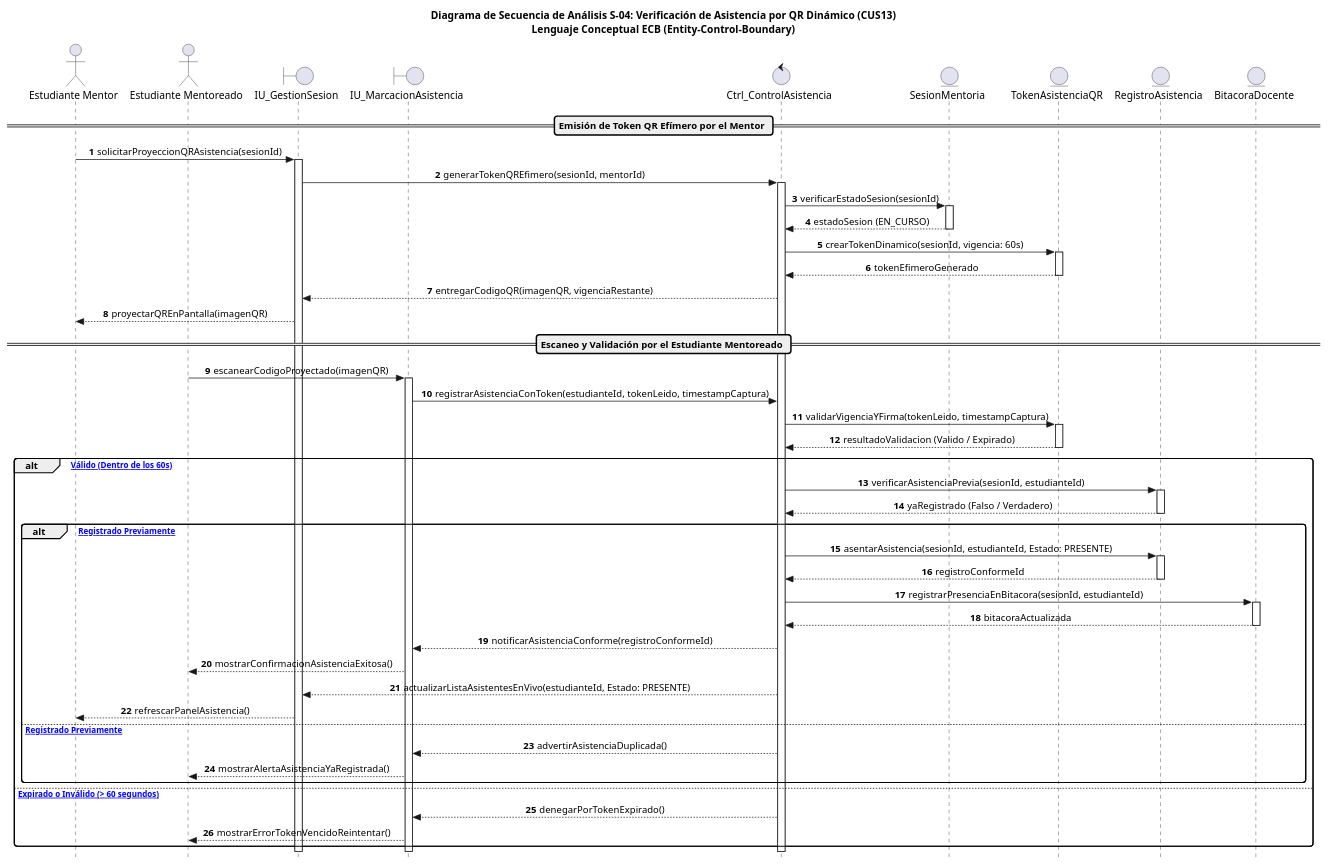
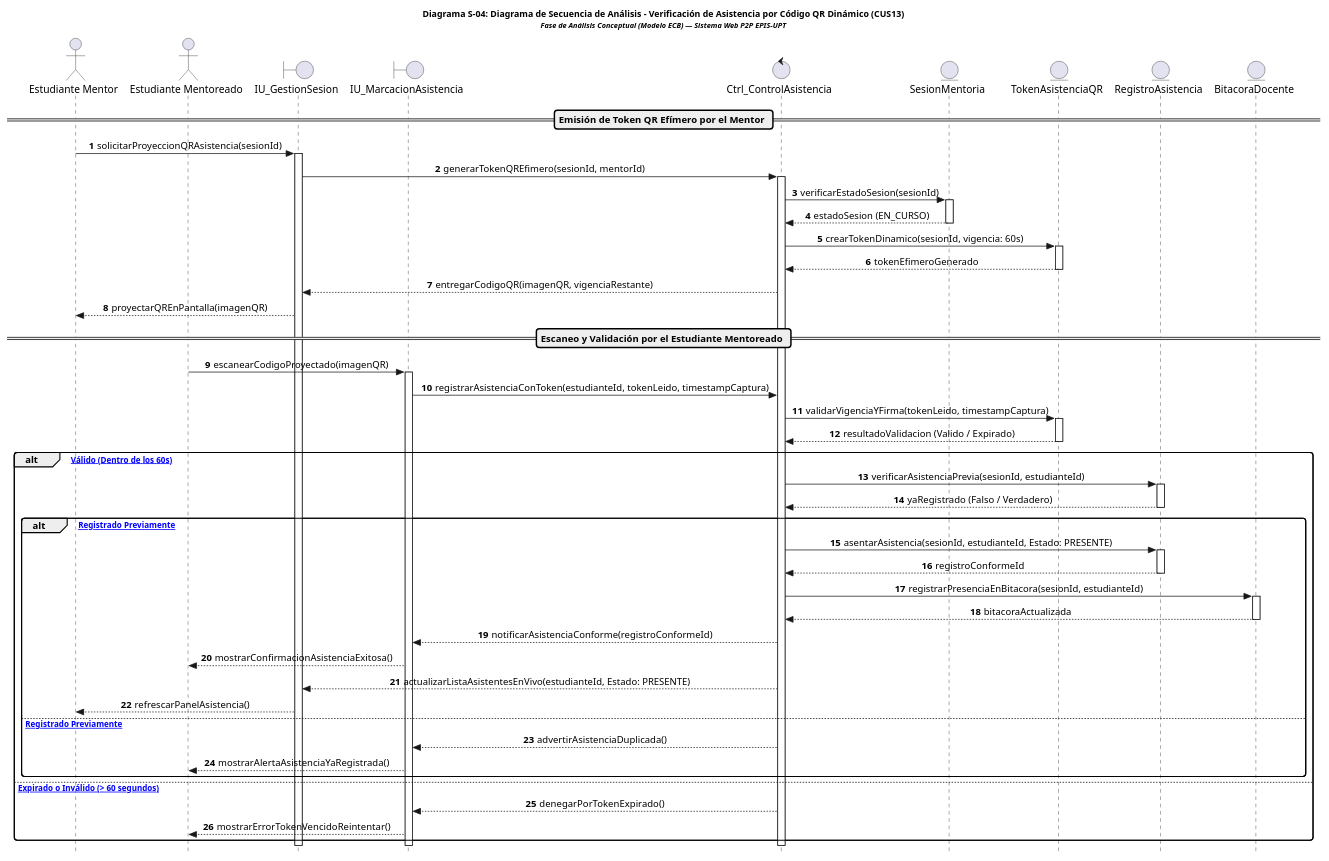
The fourth of 4 diagrams in docs/diagramas_secuencia_pruebas.md (JMedina255/sistema_web_p2p), drawn with PlantUML before and after one commit. The commit also changed other lines of this file and 3 other files, not shown here.

Commit message:
docs: refactorizar diagramas_de_secuencia.md con estandar formal SAD de analisis ECB y titulos explictos en PlantUML

````diff
--- a/docs/diagramas_secuencia_pruebas.md
+++ b/docs/diagramas_secuencia_pruebas.md
@@ -313,6 +313,6 @@
 ```plantuml
 @startuml
-title Diagrama de Secuencia de Análisis S-04: Verificación de Asistencia por QR Dinámico (CUS13)\nLenguaje Conceptual ECB (Entity-Control-Boundary)
+title <size:12><b>Diagrama S-04: Diagrama de Secuencia de Análisis - Verificación de Asistencia por Código QR Dinámico (CUS13)</b></size>\n<size:10><i>Fase de Análisis Conceptual (Modelo ECB) — Sistema Web P2P EPIS-UPT</i></size>
 
 autonumber
 skinparam style strictuml
````
